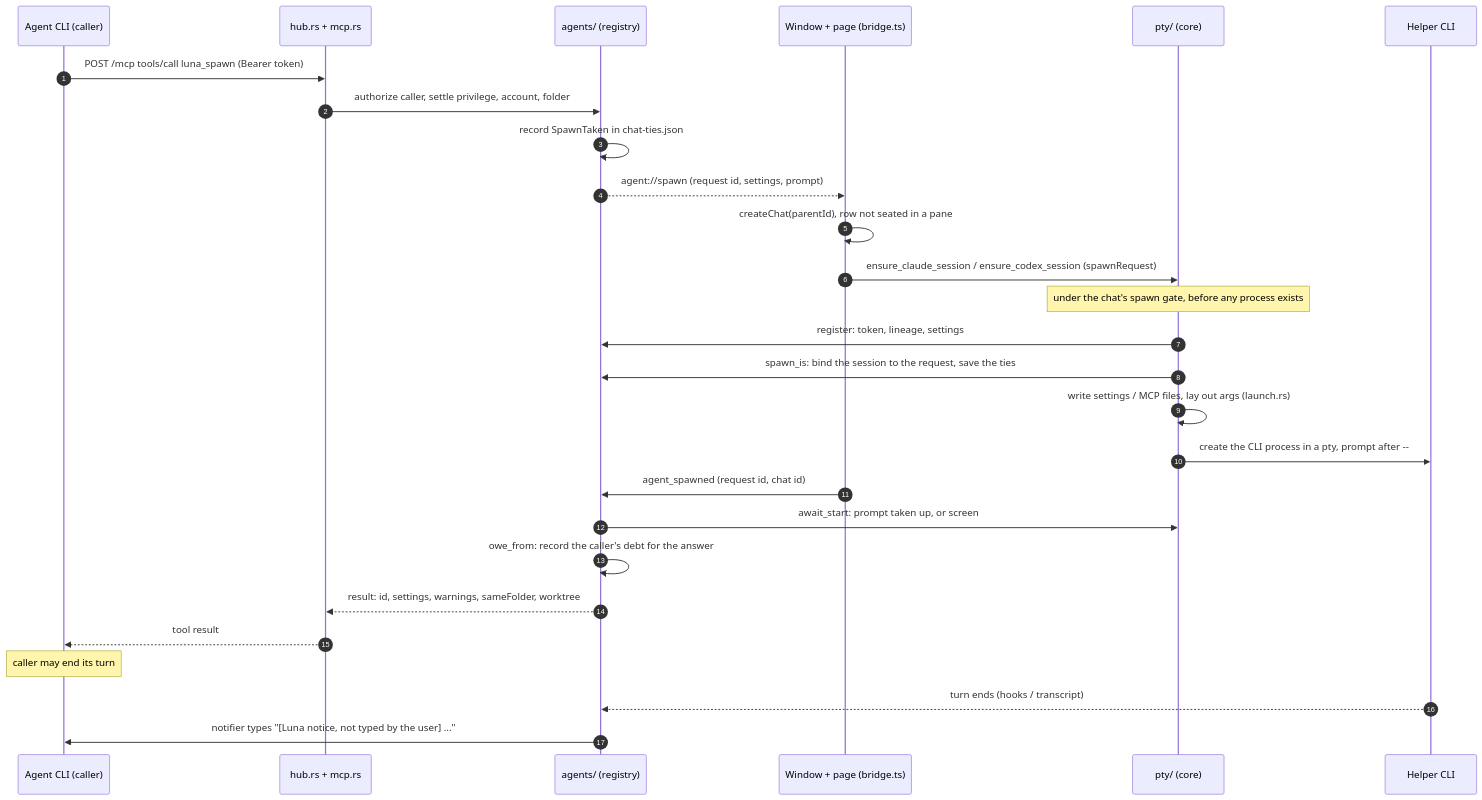
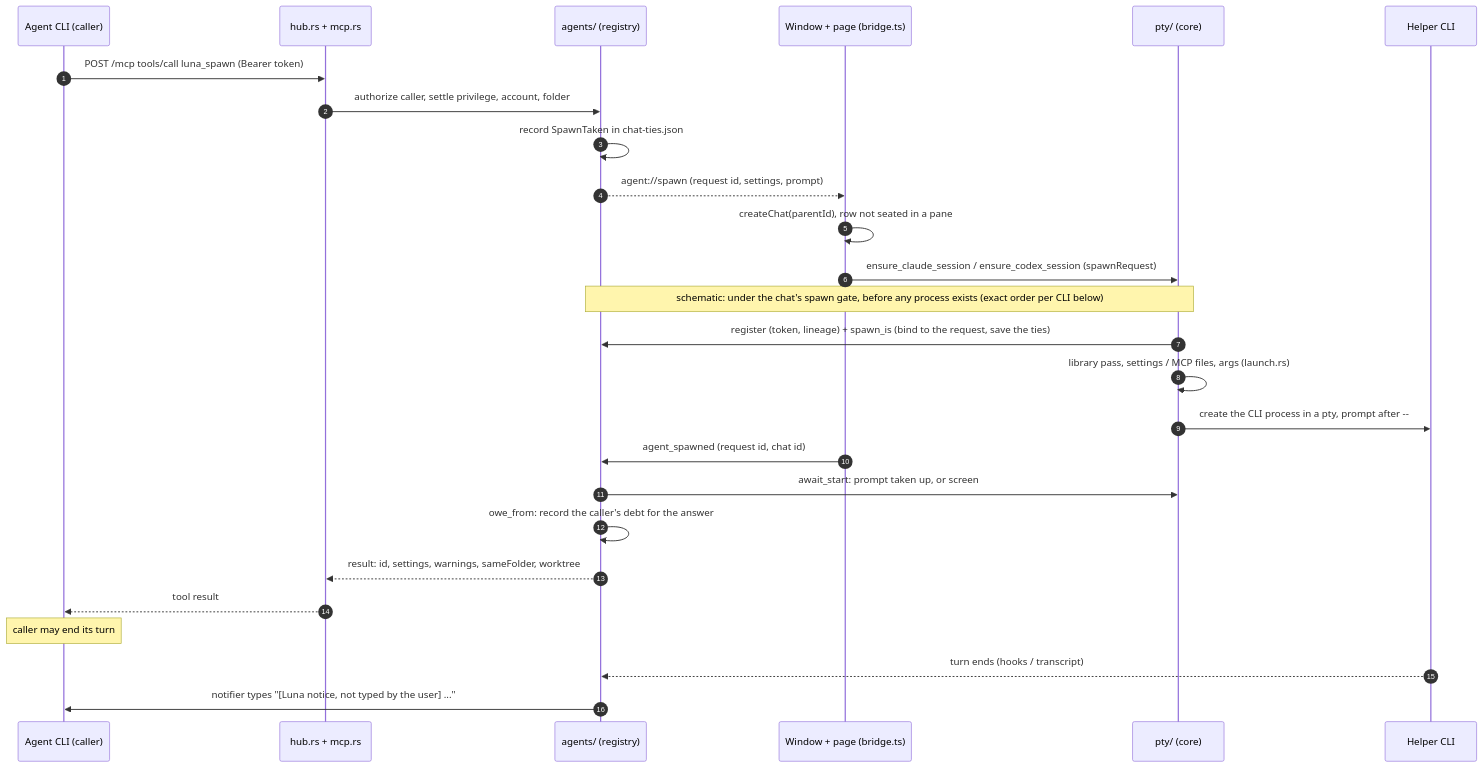
Before and after one commit to nrubinmosin/luna: the second of 2 diagrams in docs/architecture/overview.md, drawn with Mermaid. The commit also changed other lines of this file, not shown here.

Commit message:
docs: the spawn sequence's preparation is schematic, with each CLI's exact order beside it

````diff
--- a/docs/architecture/overview.md
+++ b/docs/architecture/overview.md
@@ -109,30 +109,29 @@
 ```mermaid
 sequenceDiagram
   autonumber
   participant A as Agent CLI (caller)
   participant H as hub.rs + mcp.rs
   participant R as agents/ (registry)
   participant Wn as Window + page (bridge.ts)
   participant PT as pty/ (core)
   participant S as Helper CLI
 
   A->>H: POST /mcp tools/call luna_spawn (Bearer token)
   H->>R: authorize caller, settle privilege, account, folder
   R->>R: record SpawnTaken in chat-ties.json
   R-->>Wn: agent://spawn (request id, settings, prompt)
   Wn->>Wn: createChat(parentId), row not seated in a pane
   Wn->>PT: ensure_claude_session / ensure_codex_session (spawnRequest)
-  Note over PT: under the chat's spawn gate, before any process exists
-  PT->>R: register: token, lineage, settings
-  PT->>R: spawn_is: bind the session to the request, save the ties
-  PT->>PT: write settings / MCP files, lay out args (launch.rs)
+  Note over PT,R: schematic: under the chat's spawn gate, before any process exists (exact order per CLI below)
+  PT->>R: register (token, lineage) + spawn_is (bind to the request, save the ties)
+  PT->>PT: library pass, settings / MCP files, args (launch.rs)
   PT->>S: create the CLI process in a pty, prompt after --
   Wn->>R: agent_spawned (request id, chat id)
   R->>PT: await_start: prompt taken up, or screen
   R->>R: owe_from: record the caller's debt for the answer
   R-->>H: result: id, settings, warnings, sameFolder, worktree
   H-->>A: tool result
   Note over A: caller may end its turn
   S-->>R: turn ends (hooks / transcript)
   R->>A: notifier types "[Luna notice, not typed by the user] ..."
 ```
````
